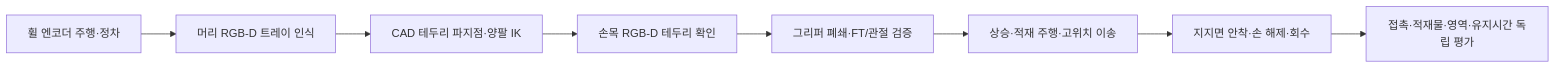
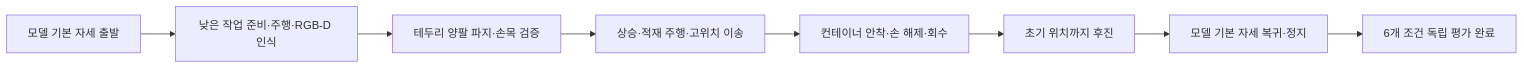
One commit to mmporong/rby1-tray-lab changed the diagram in README.md. Above: the diagram before and after it, drawn with Mermaid. The commit also changed other lines of this file and 47 other files, not shown here.

````diff
--- a/README.md
+++ b/README.md
@@ -42,10 +44,10 @@
 ```mermaid
 flowchart LR
-  A[휠 엔코더 주행·정차] --> B[머리 RGB-D 트레이 인식]
-  B --> C[CAD 테두리 파지점·양팔 IK]
-  C --> D[손목 RGB-D 테두리 확인]
-  D --> E[그리퍼 폐쇄·FT/관절 검증]
-  E --> F[상승·적재 주행·고위치 이송]
-  F --> G[지지면 안착·손 해제·회수]
-  G --> H[접촉·적재물·영역·유지시간 독립 평가]
+  A[모델 기본 자세 출발] --> B[낮은 작업 준비·주행·RGB-D 인식]
+  B --> C[테두리 양팔 파지·손목 검증]
+  C --> D[상승·적재 주행·고위치 이송]
+  D --> E[컨테이너 안착·손 해제·회수]
+  E --> F[초기 위치까지 후진]
+  F --> G[모델 기본 자세 복귀·정지]
+  G --> H[6개 조건 독립 평가 완료]
 ```
````
